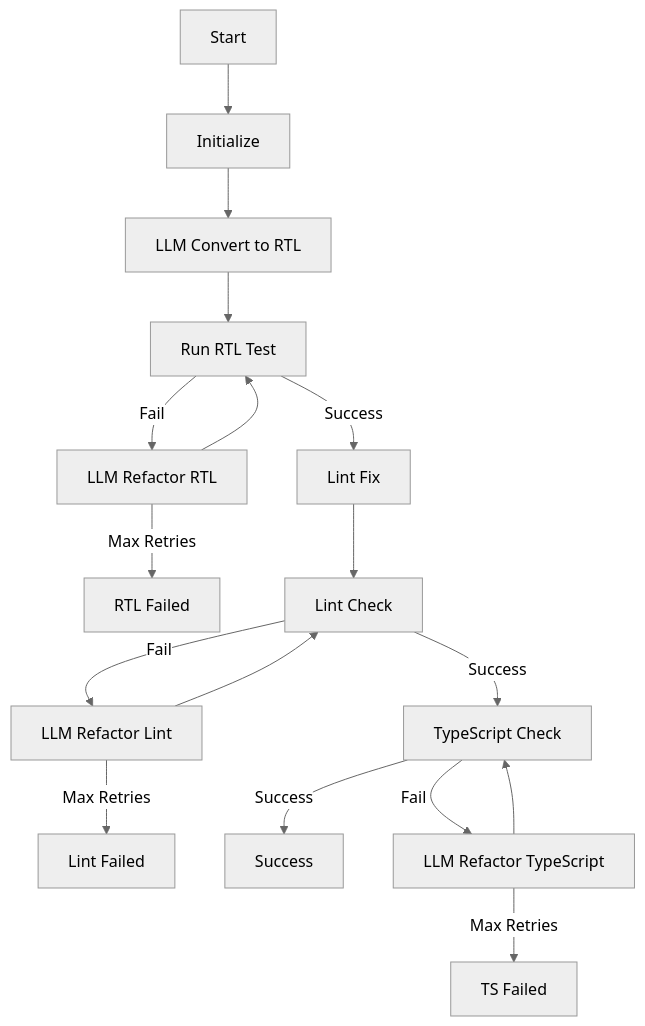
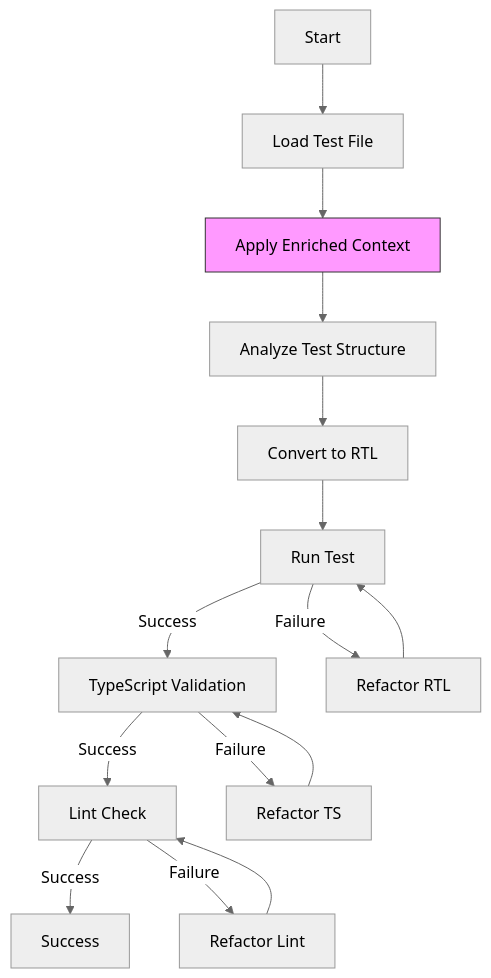
One commit to Rolilink/unshallow changed the diagram in langgraph-workflow.md. Above: the diagram before and after it, drawn with Mermaid (neutral theme). The commit also changed other lines of this file and 4 other files, not shown here.

````diff
--- a/langgraph-workflow.md
+++ b/langgraph-workflow.md
@@ -5,22 +9,26 @@
 ```mermaid
 graph TD
-    START[Start] --> INIT[Initialize]
-    INIT --> LLM_CONVERT[LLM Convert to RTL]
-    LLM_CONVERT --> RTL_TEST[Run RTL Test]
+    Start[Start] --> LoadTestFile[Load Test File]
+    LoadTestFile --> ApplyContext[Apply Enriched Context]
+    ApplyContext --> AnalyzeTest[Analyze Test Structure]
+    AnalyzeTest --> ConvertToRTL[Convert to RTL]
+    ConvertToRTL --> RunTest[Run Test]
     
-    RTL_TEST -->|Success| LINT_FIX[Lint Fix]
-    RTL_TEST -->|Fail| LLM_RTL[LLM Refactor RTL]
-    LLM_RTL --> |Max Retries| FAIL_RTL[RTL Failed]
-    LLM_RTL --> RTL_TEST
+    RunTest -->|Success| ValidateTS[TypeScript Validation]
+    RunTest -->|Failure| RefactorRTL[Refactor RTL]
     
-    LINT_FIX --> LINT_CHECK[Lint Check]
-    LINT_CHECK -->|Success| TS_CHECK[TypeScript Check]
-    LINT_CHECK -->|Fail| LLM_LINT[LLM Refactor Lint]
-    LLM_LINT --> |Max Retries| FAIL_LINT[Lint Failed]
-    LLM_LINT --> LINT_CHECK
+    RefactorRTL --> RunTest
     
-    TS_CHECK -->|Success| SUCCESS[Success]
-    TS_CHECK -->|Fail| LLM_TS[LLM Refactor TypeScript]
-    LLM_TS --> |Max Retries| FAIL_TS[TS Failed]
-    LLM_TS --> TS_CHECK
+    ValidateTS -->|Success| LintCheck[Lint Check]
+    ValidateTS -->|Failure| RefactorTS[Refactor TS]
+    
+    RefactorTS --> ValidateTS
+    
+    LintCheck -->|Success| Success[Success]
+    LintCheck -->|Failure| RefactorLint[Refactor Lint]
+    
+    RefactorLint --> LintCheck
+    
+    classDef contextNode fill:#f9f,stroke:#333;
+    class ApplyContext contextNode;
 ```
````
